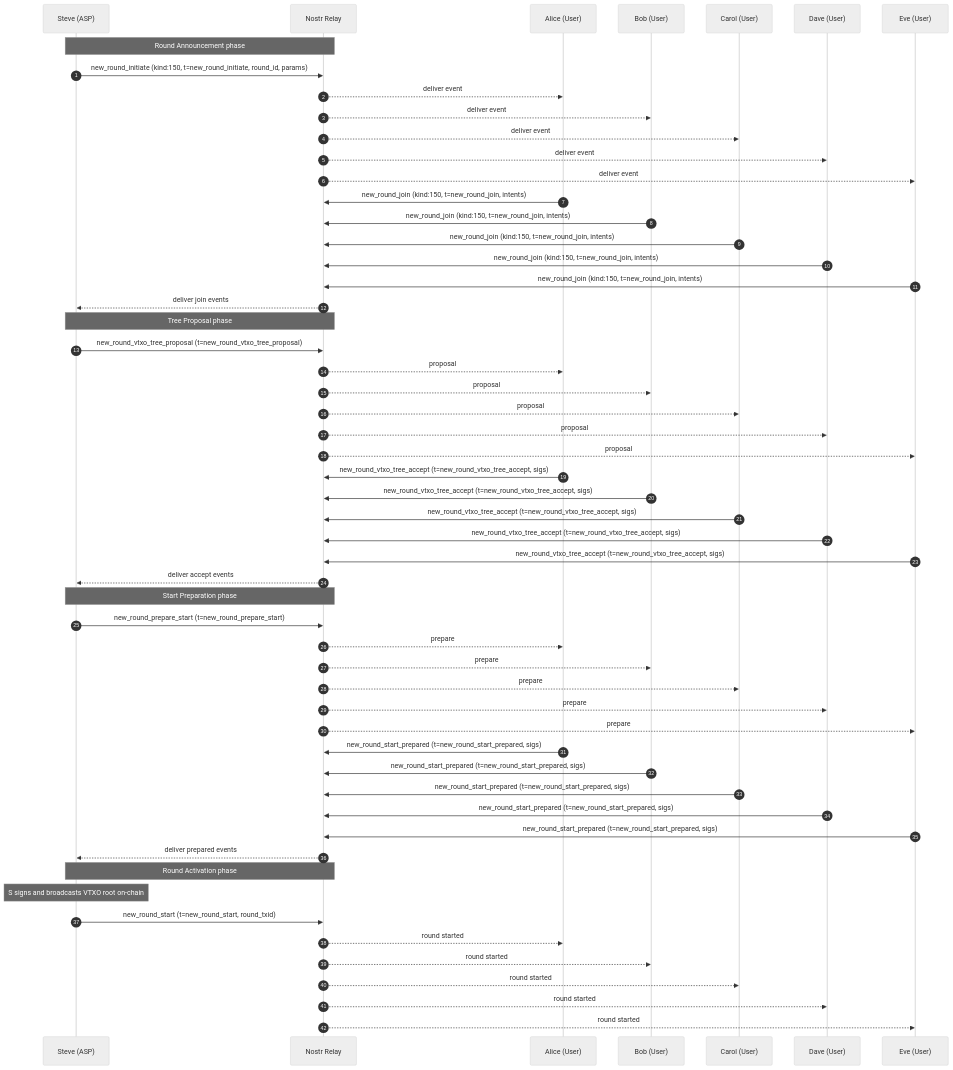
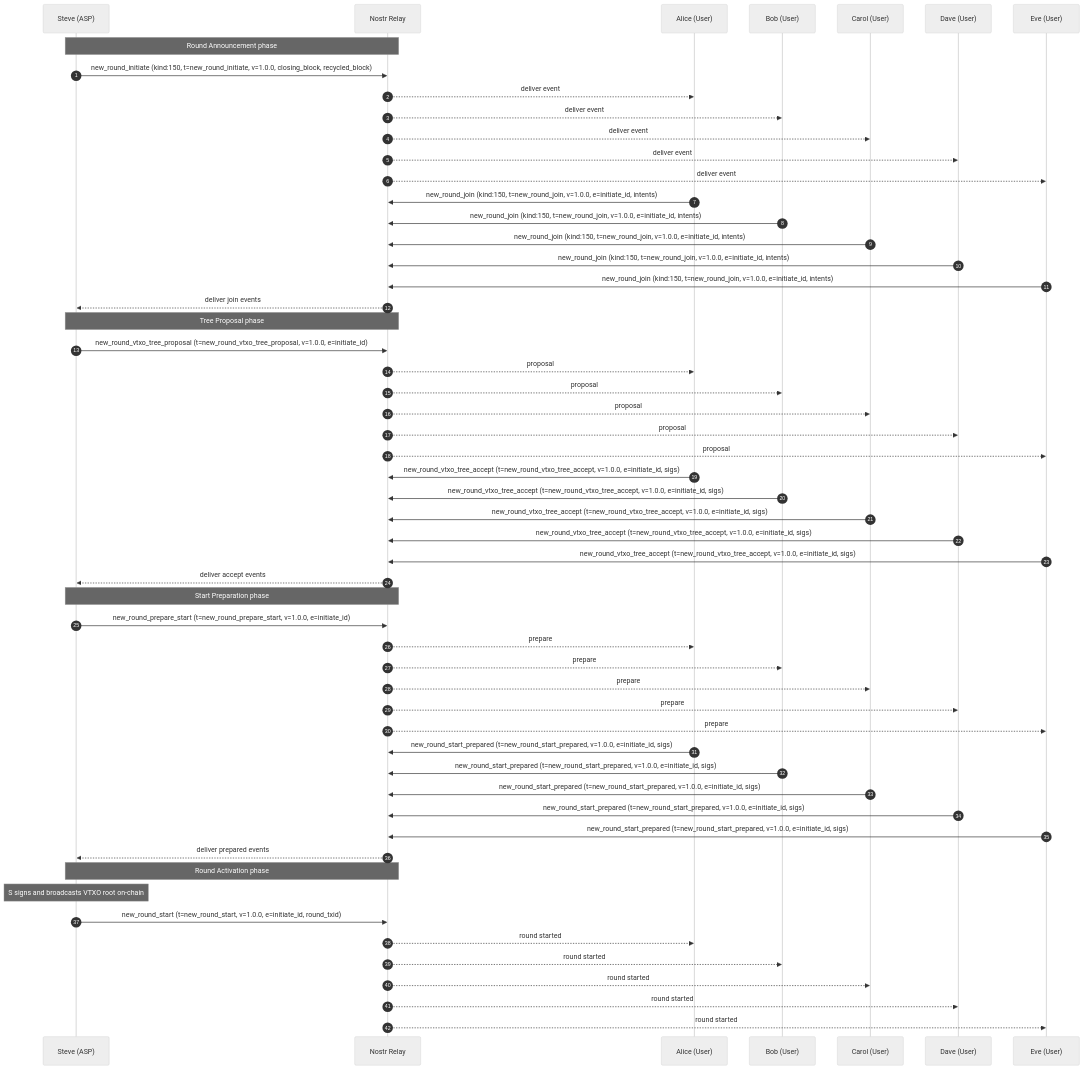
One commit to OpenARK-Organisation/openark changed the diagram in examples/example-1.0-create-first-vtxo-tree.md. Above: the diagram before and after it, drawn with Mermaid (neutral theme). The commit also changed other lines of this file and 2 other files, not shown here.

Commit message:
Align round message threading and Step 1 payload fields

````diff
--- a/examples/example-1.0-create-first-vtxo-tree.md
+++ b/examples/example-1.0-create-first-vtxo-tree.md
@@ -23,65 +23,65 @@
 ```mermaid
 sequenceDiagram
     autonumber
     participant S as Steve (ASP)
     participant R as Nostr Relay
     participant A as Alice (User)
     participant B as Bob (User)
     participant C as Carol (User)
     participant D as Dave (User)
     participant E as Eve (User)
 
     Note over S,R: Round Announcement phase
-    S->>R: new_round_initiate (kind:150, t=new_round_initiate, round_id, params)
+    S->>R: new_round_initiate (kind:150, t=new_round_initiate, v=1.0.0, closing_block, recycled_block)
     R-->>A: deliver event
     R-->>B: deliver event
     R-->>C: deliver event
     R-->>D: deliver event
     R-->>E: deliver event
 
-    A->>R: new_round_join (kind:150, t=new_round_join, intents)
-    B->>R: new_round_join (kind:150, t=new_round_join, intents)
-    C->>R: new_round_join (kind:150, t=new_round_join, intents)
-    D->>R: new_round_join (kind:150, t=new_round_join, intents)
-    E->>R: new_round_join (kind:150, t=new_round_join, intents)
+    A->>R: new_round_join (kind:150, t=new_round_join, v=1.0.0, e=initiate_id, intents)
+    B->>R: new_round_join (kind:150, t=new_round_join, v=1.0.0, e=initiate_id, intents)
+    C->>R: new_round_join (kind:150, t=new_round_join, v=1.0.0, e=initiate_id, intents)
+    D->>R: new_round_join (kind:150, t=new_round_join, v=1.0.0, e=initiate_id, intents)
+    E->>R: new_round_join (kind:150, t=new_round_join, v=1.0.0, e=initiate_id, intents)
     R-->>S: deliver join events
 
     Note over S,R: Tree Proposal phase
-    S->>R: new_round_vtxo_tree_proposal (t=new_round_vtxo_tree_proposal)
+    S->>R: new_round_vtxo_tree_proposal (t=new_round_vtxo_tree_proposal, v=1.0.0, e=initiate_id)
     R-->>A: proposal
     R-->>B: proposal
     R-->>C: proposal
     R-->>D: proposal
     R-->>E: proposal
 
-    A->>R: new_round_vtxo_tree_accept (t=new_round_vtxo_tree_accept, sigs)
-    B->>R: new_round_vtxo_tree_accept (t=new_round_vtxo_tree_accept, sigs)
-    C->>R: new_round_vtxo_tree_accept (t=new_round_vtxo_tree_accept, sigs)
-    D->>R: new_round_vtxo_tree_accept (t=new_round_vtxo_tree_accept, sigs)
-    E->>R: new_round_vtxo_tree_accept (t=new_round_vtxo_tree_accept, sigs)
+    A->>R: new_round_vtxo_tree_accept (t=new_round_vtxo_tree_accept, v=1.0.0, e=initiate_id, sigs)
+    B->>R: new_round_vtxo_tree_accept (t=new_round_vtxo_tree_accept, v=1.0.0, e=initiate_id, sigs)
+    C->>R: new_round_vtxo_tree_accept (t=new_round_vtxo_tree_accept, v=1.0.0, e=initiate_id, sigs)
+    D->>R: new_round_vtxo_tree_accept (t=new_round_vtxo_tree_accept, v=1.0.0, e=initiate_id, sigs)
+    E->>R: new_round_vtxo_tree_accept (t=new_round_vtxo_tree_accept, v=1.0.0, e=initiate_id, sigs)
     R-->>S: deliver accept events
 
     Note over S,R: Start Preparation phase
-    S->>R: new_round_prepare_start (t=new_round_prepare_start)
+    S->>R: new_round_prepare_start (t=new_round_prepare_start, v=1.0.0, e=initiate_id)
     R-->>A: prepare
     R-->>B: prepare
     R-->>C: prepare
     R-->>D: prepare
     R-->>E: prepare
 
-    A->>R: new_round_start_prepared (t=new_round_start_prepared, sigs)
-    B->>R: new_round_start_prepared (t=new_round_start_prepared, sigs)
-    C->>R: new_round_start_prepared (t=new_round_start_prepared, sigs)
-    D->>R: new_round_start_prepared (t=new_round_start_prepared, sigs)
-    E->>R: new_round_start_prepared (t=new_round_start_prepared, sigs)
+    A->>R: new_round_start_prepared (t=new_round_start_prepared, v=1.0.0, e=initiate_id, sigs)
+    B->>R: new_round_start_prepared (t=new_round_start_prepared, v=1.0.0, e=initiate_id, sigs)
+    C->>R: new_round_start_prepared (t=new_round_start_prepared, v=1.0.0, e=initiate_id, sigs)
+    D->>R: new_round_start_prepared (t=new_round_start_prepared, v=1.0.0, e=initiate_id, sigs)
+    E->>R: new_round_start_prepared (t=new_round_start_prepared, v=1.0.0, e=initiate_id, sigs)
     R-->>S: deliver prepared events
 
     Note over S,R: Round Activation phase
     Note over S: S signs and broadcasts VTXO root on-chain
-    S->>R: new_round_start (t=new_round_start, round_txid)
+    S->>R: new_round_start (t=new_round_start, v=1.0.0, e=initiate_id, round_txid)
     R-->>A: round started
     R-->>B: round started
     R-->>C: round started
     R-->>D: round started
     R-->>E: round started
 ```
````
